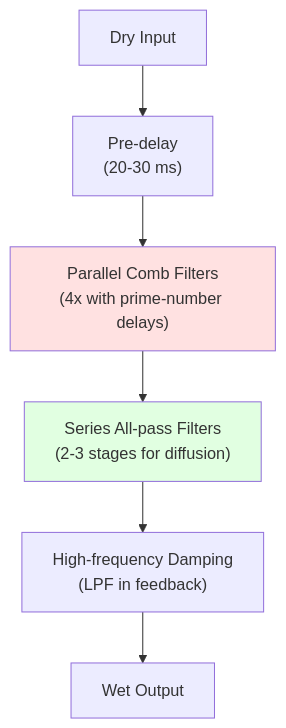
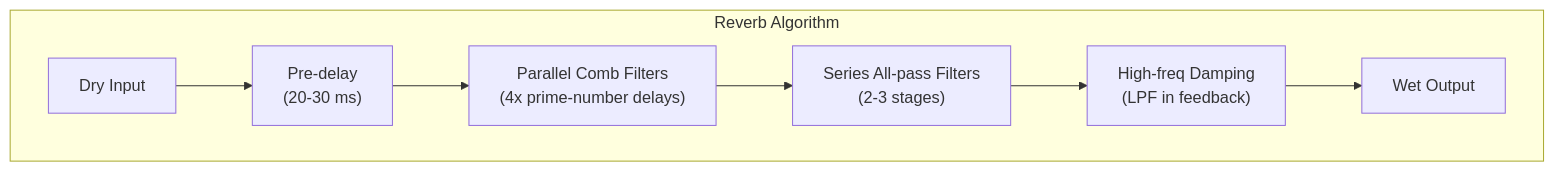
One commit to blebleblee/synapse changed the third of 7 diagrams in topics/arts/music_performance/vocals/labs.md. Above: the diagram before and after it, drawn with Mermaid. The commit also changed other lines of this file and 4 other files, not shown here.

````diff
--- a/topics/arts/music_performance/vocals/labs.md
+++ b/topics/arts/music_performance/vocals/labs.md
@@ -210,11 +246,17 @@
 ```mermaid
 graph TD
-    A["Dry Input"] --> B["Pre-delay<br/>(20-30 ms)"]
-    B --> C["Parallel Comb Filters<br/>(4x with prime-number delays)"]
-    C --> D["Series All-pass Filters<br/>(2-3 stages for diffusion)"]
-    D --> E["High-frequency Damping<br/>(LPF in feedback)"]
-    E --> F["Wet Output"]
+    subgraph sub_reverb ["Reverb Algorithm"]
+        A["Dry Input"]
+        B["Pre-delay<br/>(20-30 ms)"]
+        C["Parallel Comb Filters<br/>(4x prime-number delays)"]
+        D["Series All-pass Filters<br/>(2-3 stages)"]
+        E["High-freq Damping<br/>(LPF in feedback)"]
+        F["Wet Output"]
+    end
     
-    style C fill:#ffe1e1
-    style D fill:#e1ffe1
+    A --> B
+    B --> C
+    C --> D
+    D --> E
+    E --> F
 ```
````
